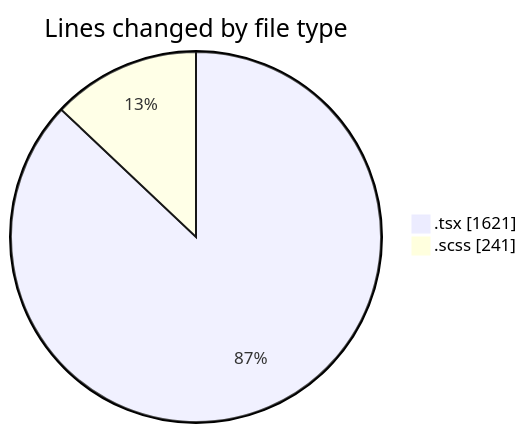
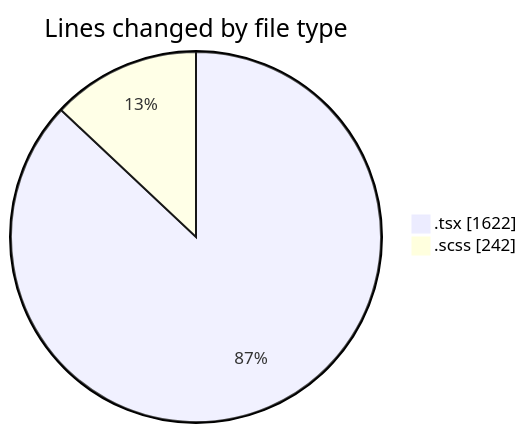
One commit to momahboobian/code-tracking changed the first of 2 diagrams in 2025-07-03/cda/README.md. Above: the diagram before and after it, drawn with Mermaid. The commit also changed other lines of this file and 1 other file, not shown here.

````diff
--- a/2025-07-03/cda/README.md
+++ b/2025-07-03/cda/README.md
@@ -28,6 +28,6 @@
 ```mermaid
 pie showData
 title Lines changed by file type
-".tsx" : 1621
-".scss" : 241
+".tsx" : 1622
+".scss" : 242
 ```
````
